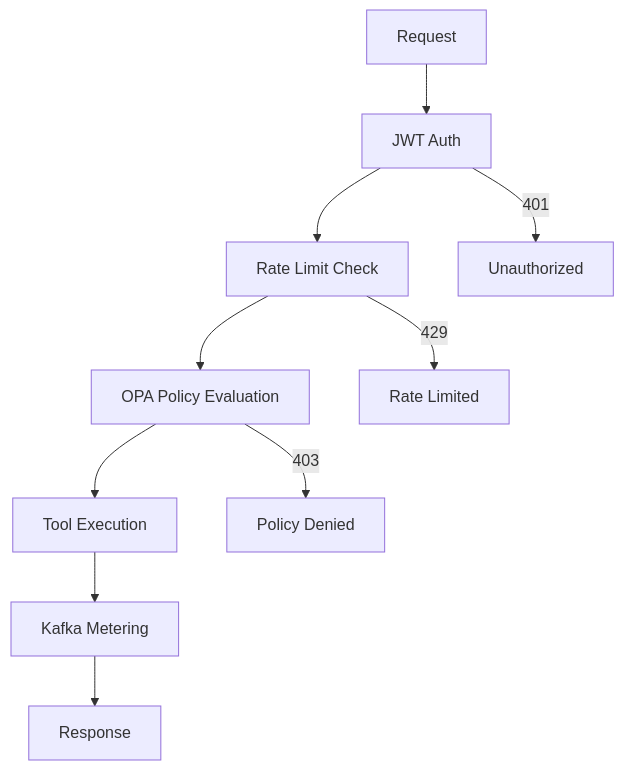
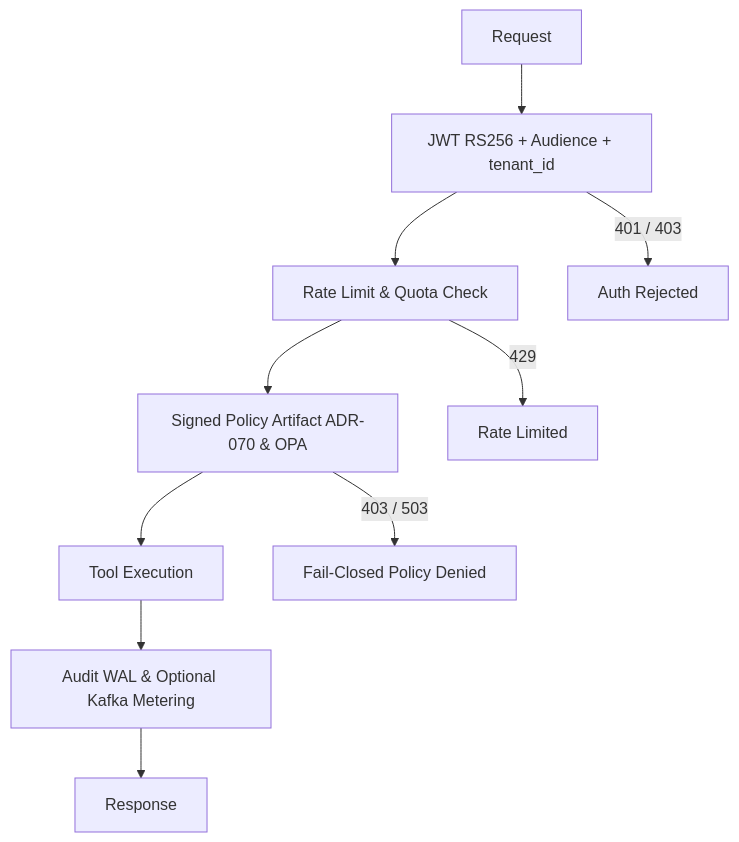
Before and after one commit to stoa-platform/stoa-docs: the diagram in docs/api/mcp-gateway.md, drawn with Mermaid. The commit also changed other lines of this file and 20 other files, not shown here.

````diff
--- a/docs/api/mcp-gateway.md
+++ b/docs/api/mcp-gateway.md
@@ -355,12 +270,12 @@
 ```mermaid
 graph TD
-    A[Request] --> B[JWT Auth]
-    B --> C[Rate Limit Check]
-    C --> D[OPA Policy Evaluation]
+    A[Request] --> B[JWT RS256 + Audience + tenant_id]
+    B --> C[Rate Limit & Quota Check]
+    C --> D[Signed Policy Artifact ADR-070 & OPA]
     D --> E[Tool Execution]
-    E --> F[Kafka Metering]
+    E --> F[Audit WAL & Optional Kafka Metering]
     F --> G[Response]
-    B -->|401| H[Unauthorized]
+    B -->|401 / 403| H[Auth Rejected]
     C -->|429| I[Rate Limited]
-    D -->|403| J[Policy Denied]
+    D -->|403 / 503| J[Fail-Closed Policy Denied]
 ```
````
